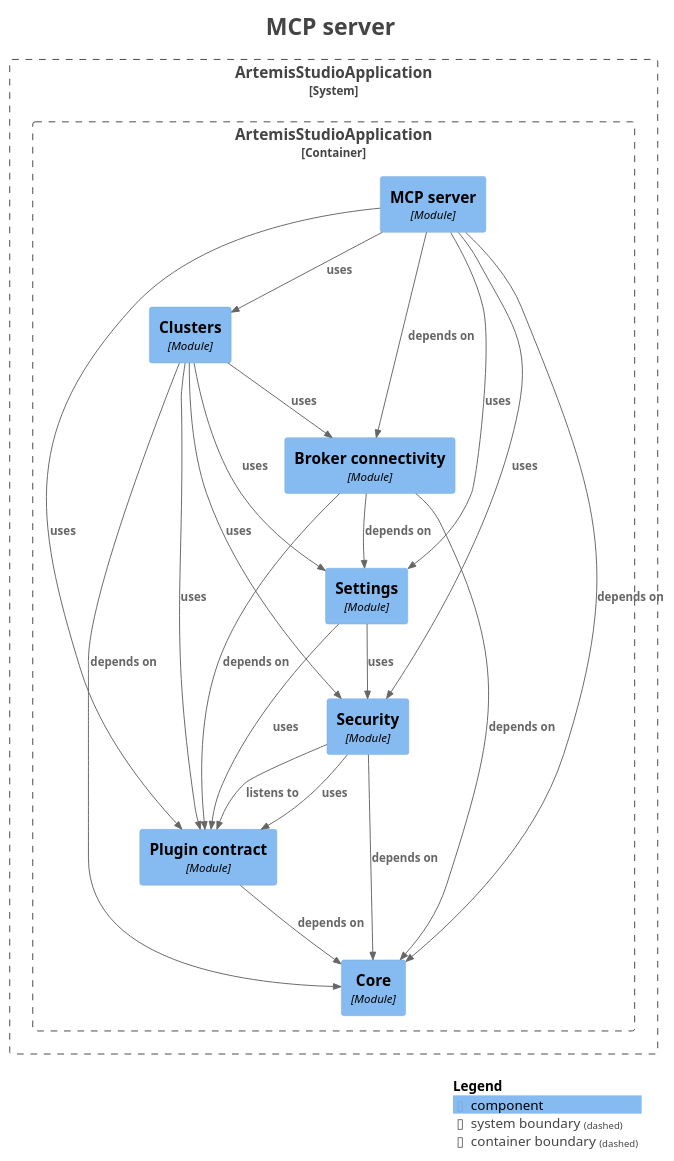
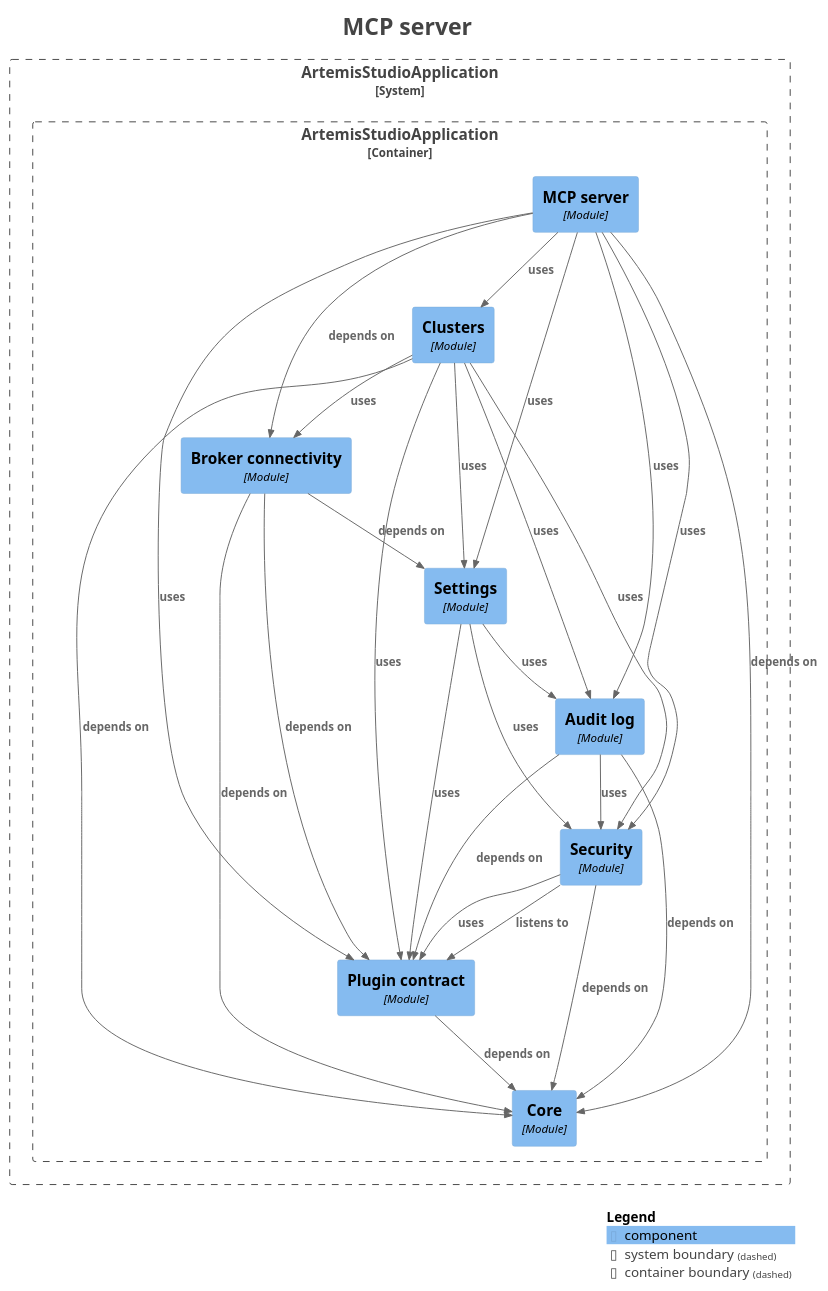
One commit to sudoitir/artemis-studio changed the diagram in docs/modules/module-platform.mcp.puml. Above: the diagram before and after it, drawn with PlantUML. The commit also changed 24 other files, not shown here.

```diff
--- a/docs/modules/module-platform.mcp.puml
+++ b/docs/modules/module-platform.mcp.puml
@@ -1,54 +1,61 @@
 @startuml
 title <size:24>MCP server</size>
 
 set separator none
 top to bottom direction
 
 <style>
   root {
     BackgroundColor: #ffffff
     FontColor: #444444
   }
 </style>
 
 !include <C4/C4>
 !include <C4/C4_Context>
 !include <C4/C4_Component>
 
 System_Boundary("ArtemisStudioApplication_boundary", "ArtemisStudioApplication", $tags="") {
   Container_Boundary("ArtemisStudioApplication.ArtemisStudioApplication_boundary", "ArtemisStudioApplication", $tags="") {
     Component(ArtemisStudioApplication.ArtemisStudioApplication.Settings, "Settings", $techn="Module", $descr="", $tags="", $link="")
     Component(ArtemisStudioApplication.ArtemisStudioApplication.Brokerconnectivity, "Broker connectivity", $techn="Module", $descr="", $tags="", $link="")
     Component(ArtemisStudioApplication.ArtemisStudioApplication.Clusters, "Clusters", $techn="Module", $descr="", $tags="", $link="")
     Component(ArtemisStudioApplication.ArtemisStudioApplication.MCPserver, "MCP server", $techn="Module", $descr="", $tags="", $link="")
     Component(ArtemisStudioApplication.ArtemisStudioApplication.Core, "Core", $techn="Module", $descr="", $tags="", $link="")
     Component(ArtemisStudioApplication.ArtemisStudioApplication.Plugincontract, "Plugin contract", $techn="Module", $descr="", $tags="", $link="")
     Component(ArtemisStudioApplication.ArtemisStudioApplication.Security, "Security", $techn="Module", $descr="", $tags="", $link="")
+    Component(ArtemisStudioApplication.ArtemisStudioApplication.Auditlog, "Audit log", $techn="Module", $descr="", $tags="", $link="")
   }
 
 }
 
+Rel(ArtemisStudioApplication.ArtemisStudioApplication.Auditlog, ArtemisStudioApplication.ArtemisStudioApplication.Core, "depends on", $techn="", $tags="", $link="")
+Rel(ArtemisStudioApplication.ArtemisStudioApplication.Auditlog, ArtemisStudioApplication.ArtemisStudioApplication.Plugincontract, "depends on", $techn="", $tags="", $link="")
+Rel(ArtemisStudioApplication.ArtemisStudioApplication.Auditlog, ArtemisStudioApplication.ArtemisStudioApplication.Security, "uses", $techn="", $tags="", $link="")
 Rel(ArtemisStudioApplication.ArtemisStudioApplication.Brokerconnectivity, ArtemisStudioApplication.ArtemisStudioApplication.Core, "depends on", $techn="", $tags="", $link="")
 Rel(ArtemisStudioApplication.ArtemisStudioApplication.Brokerconnectivity, ArtemisStudioApplication.ArtemisStudioApplication.Plugincontract, "depends on", $techn="", $tags="", $link="")
 Rel(ArtemisStudioApplication.ArtemisStudioApplication.Brokerconnectivity, ArtemisStudioApplication.ArtemisStudioApplication.Settings, "depends on", $techn="", $tags="", $link="")
+Rel(ArtemisStudioApplication.ArtemisStudioApplication.Clusters, ArtemisStudioApplication.ArtemisStudioApplication.Auditlog, "uses", $techn="", $tags="", $link="")
 Rel(ArtemisStudioApplication.ArtemisStudioApplication.Clusters, ArtemisStudioApplication.ArtemisStudioApplication.Brokerconnectivity, "uses", $techn="", $tags="", $link="")
 Rel(ArtemisStudioApplication.ArtemisStudioApplication.Clusters, ArtemisStudioApplication.ArtemisStudioApplication.Core, "depends on", $techn="", $tags="", $link="")
 Rel(ArtemisStudioApplication.ArtemisStudioApplication.Clusters, ArtemisStudioApplication.ArtemisStudioApplication.Plugincontract, "uses", $techn="", $tags="", $link="")
 Rel(ArtemisStudioApplication.ArtemisStudioApplication.Clusters, ArtemisStudioApplication.ArtemisStudioApplication.Security, "uses", $techn="", $tags="", $link="")
 Rel(ArtemisStudioApplication.ArtemisStudioApplication.Clusters, ArtemisStudioApplication.ArtemisStudioApplication.Settings, "uses", $techn="", $tags="", $link="")
+Rel(ArtemisStudioApplication.ArtemisStudioApplication.MCPserver, ArtemisStudioApplication.ArtemisStudioApplication.Auditlog, "uses", $techn="", $tags="", $link="")
 Rel(ArtemisStudioApplication.ArtemisStudioApplication.MCPserver, ArtemisStudioApplication.ArtemisStudioApplication.Brokerconnectivity, "depends on", $techn="", $tags="", $link="")
 Rel(ArtemisStudioApplication.ArtemisStudioApplication.MCPserver, ArtemisStudioApplication.ArtemisStudioApplication.Clusters, "uses", $techn="", $tags="", $link="")
 Rel(ArtemisStudioApplication.ArtemisStudioApplication.MCPserver, ArtemisStudioApplication.ArtemisStudioApplication.Core, "depends on", $techn="", $tags="", $link="")
 Rel(ArtemisStudioApplication.ArtemisStudioApplication.MCPserver, ArtemisStudioApplication.ArtemisStudioApplication.Plugincontract, "uses", $techn="", $tags="", $link="")
 Rel(ArtemisStudioApplication.ArtemisStudioApplication.MCPserver, ArtemisStudioApplication.ArtemisStudioApplication.Security, "uses", $techn="", $tags="", $link="")
 Rel(ArtemisStudioApplication.ArtemisStudioApplication.MCPserver, ArtemisStudioApplication.ArtemisStudioApplication.Settings, "uses", $techn="", $tags="", $link="")
 Rel(ArtemisStudioApplication.ArtemisStudioApplication.Plugincontract, ArtemisStudioApplication.ArtemisStudioApplication.Core, "depends on", $techn="", $tags="", $link="")
 Rel(ArtemisStudioApplication.ArtemisStudioApplication.Security, ArtemisStudioApplication.ArtemisStudioApplication.Core, "depends on", $techn="", $tags="", $link="")
 Rel(ArtemisStudioApplication.ArtemisStudioApplication.Security, ArtemisStudioApplication.ArtemisStudioApplication.Plugincontract, "listens to", $techn="", $tags="", $link="")
 Rel(ArtemisStudioApplication.ArtemisStudioApplication.Security, ArtemisStudioApplication.ArtemisStudioApplication.Plugincontract, "uses", $techn="", $tags="", $link="")
+Rel(ArtemisStudioApplication.ArtemisStudioApplication.Settings, ArtemisStudioApplication.ArtemisStudioApplication.Auditlog, "uses", $techn="", $tags="", $link="")
 Rel(ArtemisStudioApplication.ArtemisStudioApplication.Settings, ArtemisStudioApplication.ArtemisStudioApplication.Plugincontract, "uses", $techn="", $tags="", $link="")
 Rel(ArtemisStudioApplication.ArtemisStudioApplication.Settings, ArtemisStudioApplication.ArtemisStudioApplication.Security, "uses", $techn="", $tags="", $link="")
 
 SHOW_LEGEND(true)
 hide stereotypes
 @enduml
```
